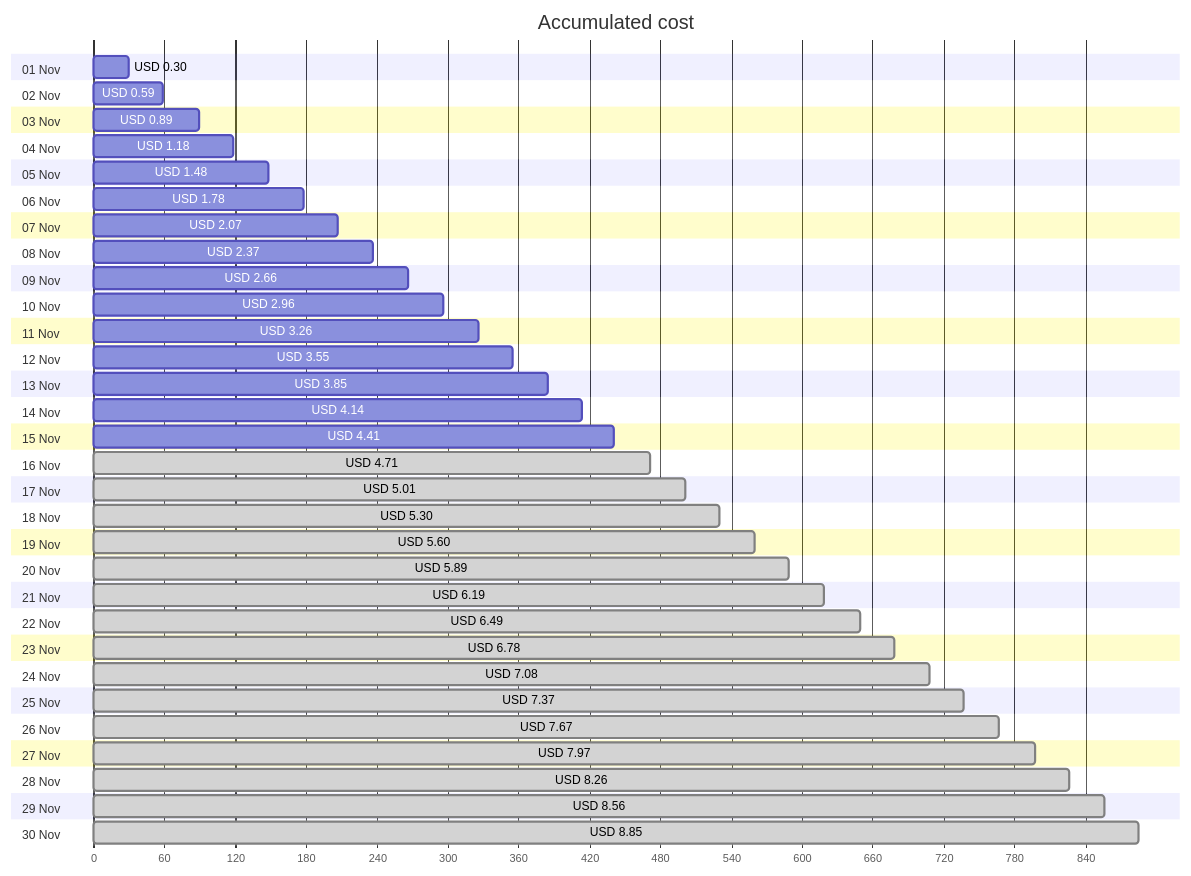
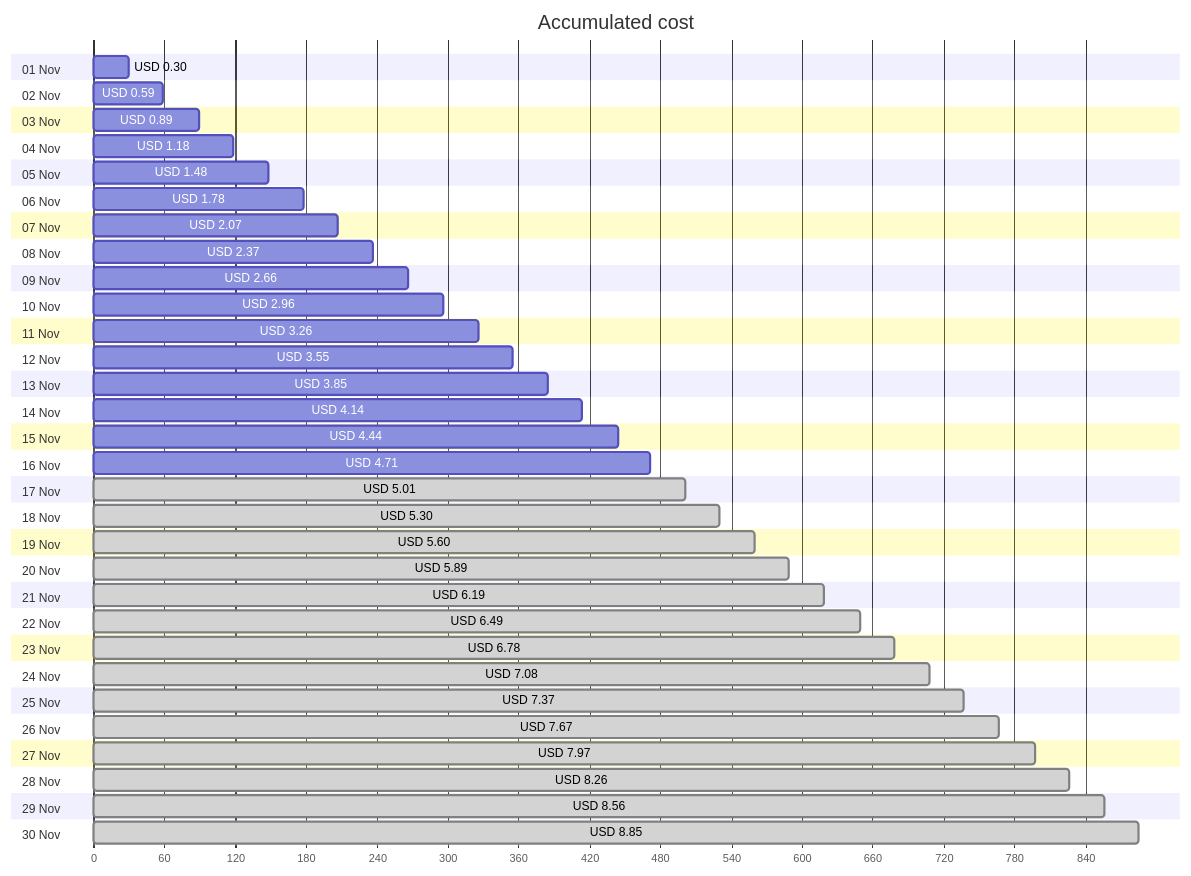
One commit to jpfulton/azure-personal-reports changed the first of 4 diagrams in cost-reports/personal-site/personal-site-preview.md. Above: the diagram before and after it, drawn with Mermaid. The commit also changed other lines of this file and 6 other files, not shown here.

````diff
--- a/cost-reports/personal-site/personal-site-preview.md
+++ b/cost-reports/personal-site/personal-site-preview.md
@@ -20,66 +20,66 @@
 ```mermaid
 gantt
    title Accumulated cost
    dateFormat  X
    axisFormat %s
    section 01 Nov
    USD 0.30 :0, 30
    section 02 Nov
    USD 0.59 :0, 59
    section 03 Nov
    USD 0.89 :0, 89
    section 04 Nov
    USD 1.18 :0, 118
    section 05 Nov
    USD 1.48 :0, 148
    section 06 Nov
    USD 1.78 :0, 178
    section 07 Nov
    USD 2.07 :0, 207
    section 08 Nov
    USD 2.37 :0, 237
    section 09 Nov
    USD 2.66 :0, 266
    section 10 Nov
    USD 2.96 :0, 296
    section 11 Nov
    USD 3.26 :0, 326
    section 12 Nov
    USD 3.55 :0, 355
    section 13 Nov
    USD 3.85 :0, 385
    section 14 Nov
    USD 4.14 :0, 414
    section 15 Nov
-   USD 4.41 :0, 441
+   USD 4.44 :0, 444
    section 16 Nov
-   USD 4.71 : done, 0, 471
+   USD 4.71 :0, 471
    section 17 Nov
    USD 5.01 : done, 0, 501
    section 18 Nov
    USD 5.30 : done, 0, 530
    section 19 Nov
    USD 5.60 : done, 0, 560
    section 20 Nov
    USD 5.89 : done, 0, 589
    section 21 Nov
    USD 6.19 : done, 0, 619
    section 22 Nov
    USD 6.49 : done, 0, 649
    section 23 Nov
    USD 6.78 : done, 0, 678
    section 24 Nov
    USD 7.08 : done, 0, 708
    section 25 Nov
    USD 7.37 : done, 0, 737
    section 26 Nov
    USD 7.67 : done, 0, 767
    section 27 Nov
    USD 7.97 : done, 0, 797
    section 28 Nov
    USD 8.26 : done, 0, 826
    section 29 Nov
    USD 8.56 : done, 0, 856
    section 30 Nov
    USD 8.85 : done, 0, 885
 ```
````
